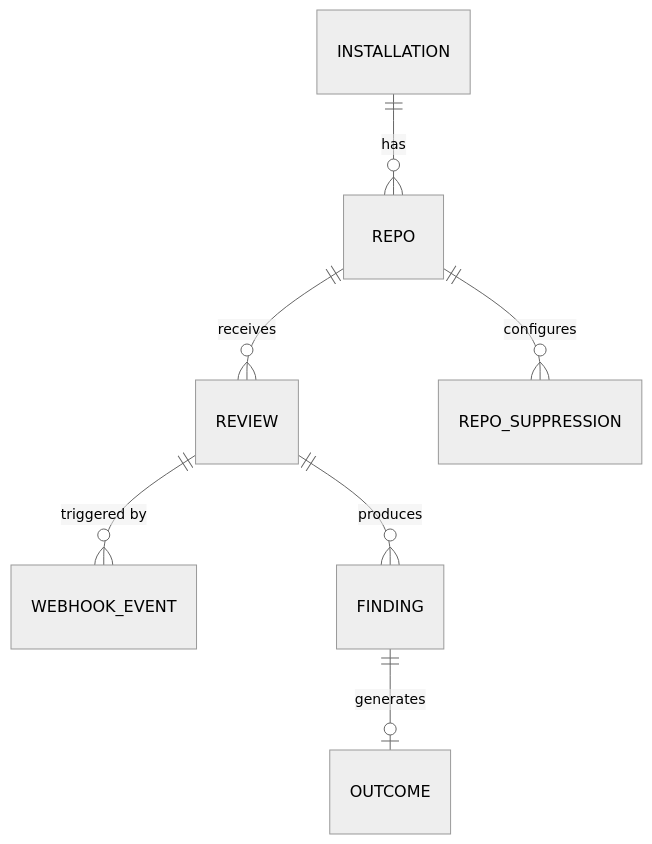
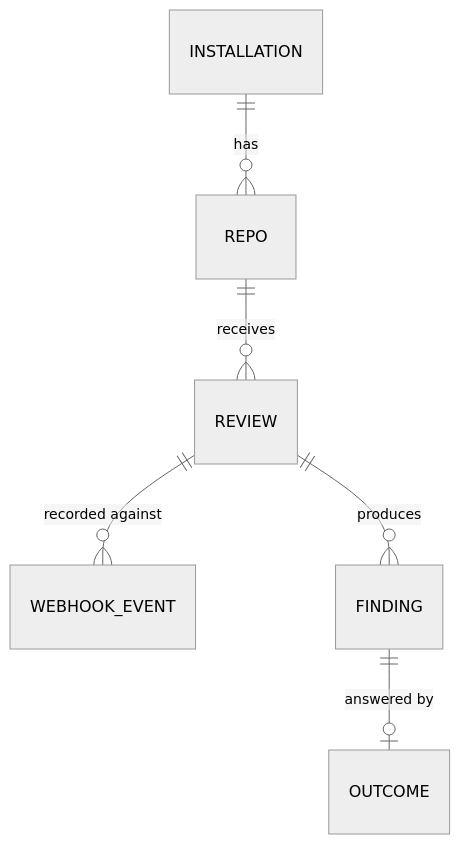
Before and after one commit to kaur-devs/PR-Review-Copilot: the diagram in docs/07_Database_Design.md, drawn with Mermaid (neutral theme). The commit also changed other lines of this file and 75 other files, not shown here.

````diff
--- a/docs/07_Database_Design.md
+++ b/docs/07_Database_Design.md
@@ -73,9 +116,8 @@
 ```mermaid
 erDiagram
     INSTALLATION ||--o{ REPO : has
     REPO ||--o{ REVIEW : receives
-    REVIEW ||--o{ WEBHOOK_EVENT : "triggered by"
+    REVIEW ||--o{ WEBHOOK_EVENT : "recorded against"
     REVIEW ||--o{ FINDING : produces
-    FINDING ||--o| OUTCOME : generates
-    REPO ||--o{ REPO_SUPPRESSION : configures
+    FINDING ||--o| OUTCOME : "answered by"
 ```
````
